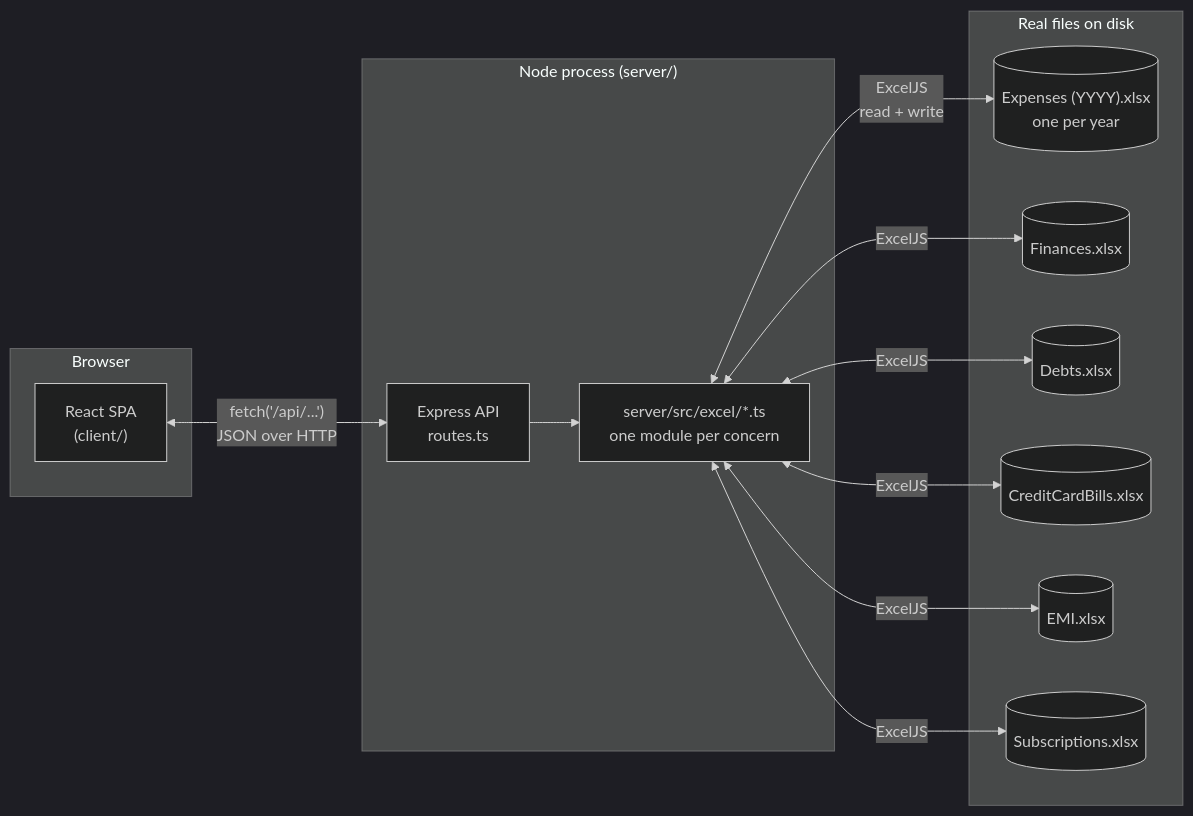
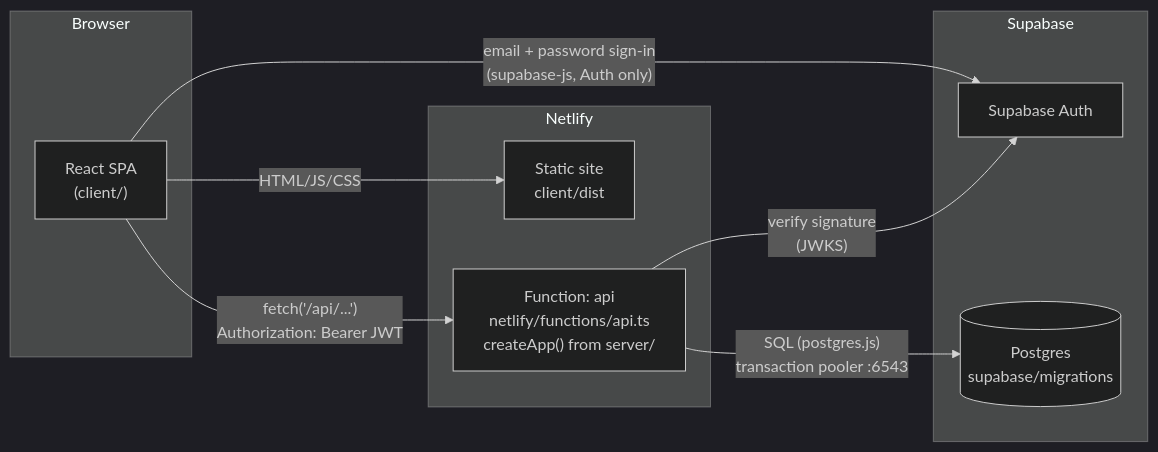
The diagram in ARCHITECTURE.md (Simba3696/ledger), drawn with Mermaid (dark theme) before and after one commit. The commit also changed other lines of this file and 9 other files, not shown here.

````diff
--- a/ARCHITECTURE.md
+++ b/ARCHITECTURE.md
@@ -11,27 +20,20 @@
 ```mermaid
 flowchart LR
     subgraph Browser
         UI["React SPA<br/>(client/)"]
     end
-    subgraph Server["Node process (server/)"]
-        API["Express API<br/>routes.ts"]
-        EX["server/src/excel/*.ts<br/>one module per concern"]
+    subgraph Netlify
+        CDN["Static site<br/>client/dist"]
+        FN["Function: api<br/>netlify/functions/api.ts<br/>createApp() from server/"]
     end
-    subgraph Disk["Real files on disk"]
-        XL1[("Expenses (YYYY).xlsx<br/>one per year")]
-        XL2[("Finances.xlsx")]
-        XL3[("Debts.xlsx")]
-        XL4[("CreditCardBills.xlsx")]
-        XL5[("EMI.xlsx")]
-        XL6[("Subscriptions.xlsx")]
+    subgraph Supabase
+        AUTH["Supabase Auth"]
+        PG[("Postgres<br/>supabase/migrations")]
     end
 
-    UI <-- "fetch('/api/...')<br/>JSON over HTTP" --> API
-    API --> EX
-    EX <-- "ExcelJS<br/>read + write" --> XL1
-    EX <-- ExcelJS --> XL2
-    EX <-- ExcelJS --> XL3
-    EX <-- ExcelJS --> XL4
-    EX <-- ExcelJS --> XL5
-    EX <-- ExcelJS --> XL6
+    UI -- "HTML/JS/CSS" --> CDN
+    UI -- "email + password sign-in<br/>(supabase-js, Auth only)" --> AUTH
+    UI -- "fetch('/api/...')<br/>Authorization: Bearer JWT" --> FN
+    FN -- "verify signature<br/>(JWKS)" --> AUTH
+    FN -- "SQL (postgres.js)<br/>transaction pooler :6543" --> PG
 ```
````
